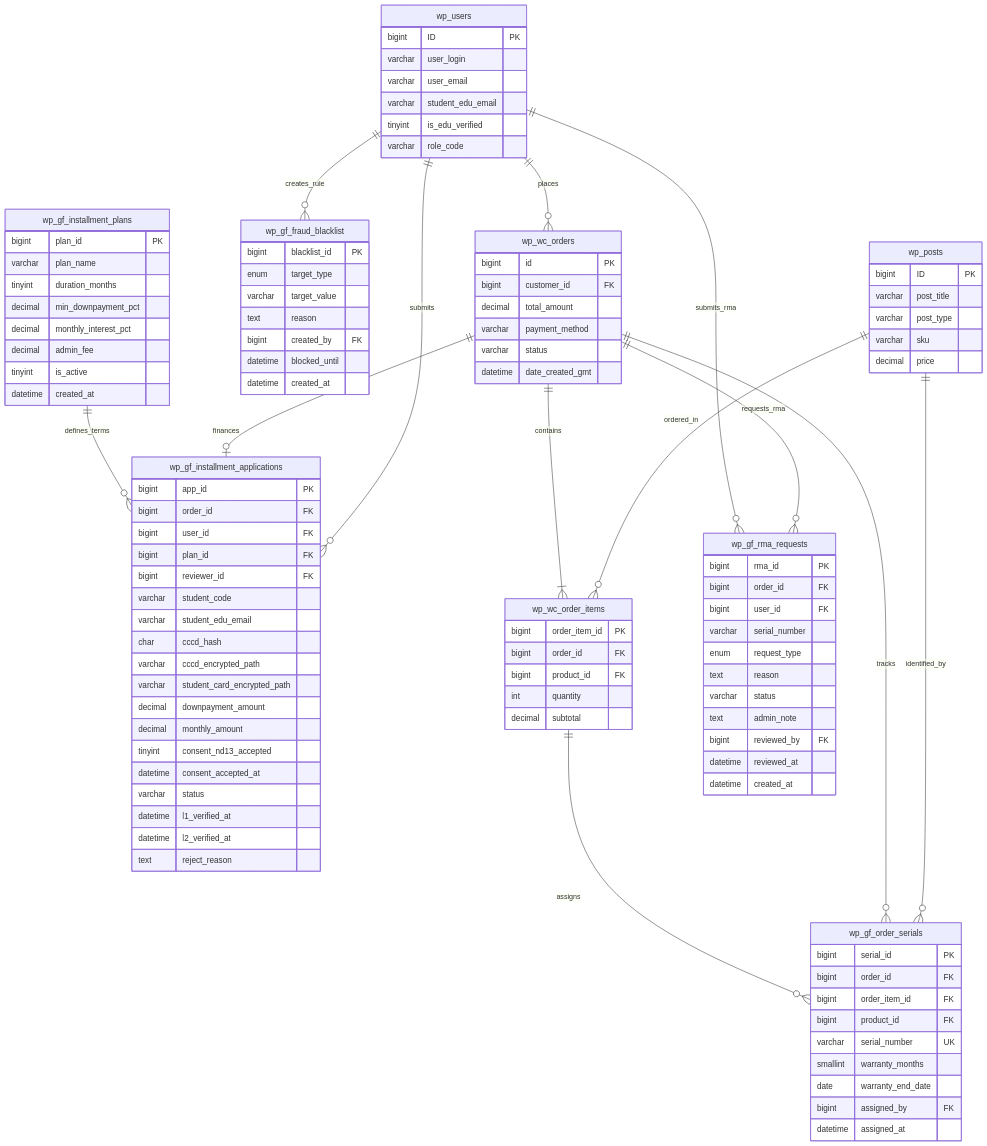
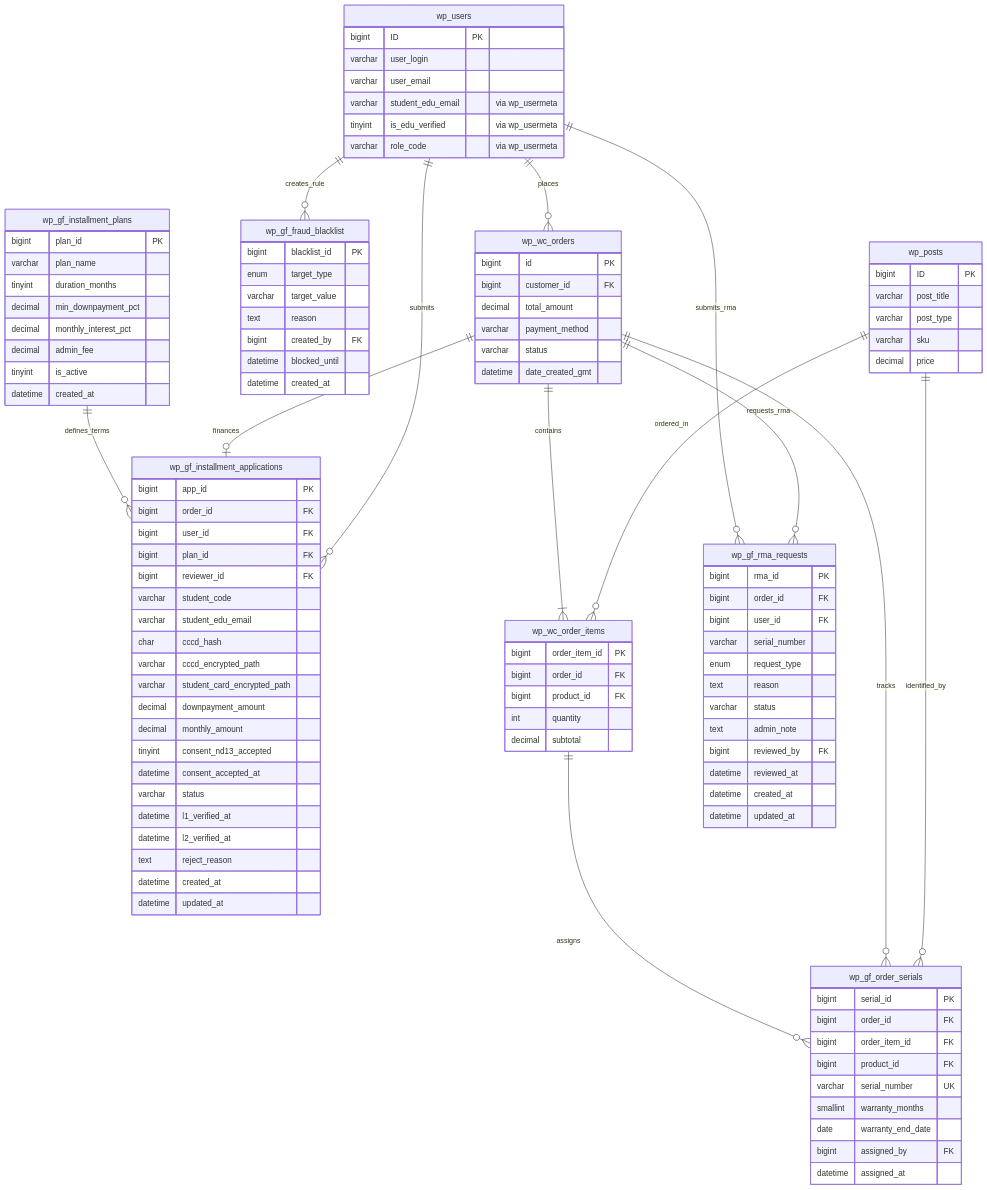
Before and after one commit to nguyenthanhtri5h-bot/EC312-GearForge-HeThongTMDT: the diagram in 2. Quy ước và Sơ đồ UML/role4_diagrams/ERD_GearForge_Role4.mmd, drawn with Mermaid. The commit also changed 13 other files, not shown here.

Commit message:
docs(role4): cập nhật đồng bộ 6 sơ đồ UML/ERD theo FIX-14..FIX-16 và xuất lại báo cáo Word

```diff
--- a/2. Quy ước và Sơ đồ UML/role4_diagrams/ERD_GearForge_Role4.mmd
+++ b/2. Quy ước và Sơ đồ UML/role4_diagrams/ERD_GearForge_Role4.mmd
@@ -1,115 +1,118 @@
 erDiagram
     wp_users ||--o{ wp_wc_orders : places
     wp_users ||--o{ wp_gf_installment_applications : submits
     wp_users ||--o{ wp_gf_fraud_blacklist : creates_rule
     wp_posts ||--o{ wp_wc_order_items : ordered_in
     wp_posts ||--o{ wp_gf_order_serials : identified_by
     wp_wc_orders ||--|{ wp_wc_order_items : contains
     wp_wc_orders ||--o| wp_gf_installment_applications : finances
     wp_wc_orders ||--o{ wp_gf_order_serials : tracks
     wp_wc_orders ||--o{ wp_gf_rma_requests : requests_rma
     wp_users ||--o{ wp_gf_rma_requests : submits_rma
     wp_wc_order_items ||--o{ wp_gf_order_serials : assigns
     wp_gf_installment_plans ||--o{ wp_gf_installment_applications : defines_terms
 
     wp_users {
         bigint ID PK
         varchar user_login
         varchar user_email
-        varchar student_edu_email
-        tinyint is_edu_verified
-        varchar role_code
+        varchar student_edu_email "via wp_usermeta"
+        tinyint is_edu_verified "via wp_usermeta"
+        varchar role_code "via wp_usermeta"
     }
 
     wp_posts {
         bigint ID PK
         varchar post_title
         varchar post_type
         varchar sku
         decimal price
     }
 
     wp_wc_orders {
         bigint id PK
         bigint customer_id FK
         decimal total_amount
         varchar payment_method
         varchar status
         datetime date_created_gmt
     }
 
     wp_wc_order_items {
         bigint order_item_id PK
         bigint order_id FK
         bigint product_id FK
         int quantity
         decimal subtotal
     }
 
     wp_gf_installment_plans {
         bigint plan_id PK
         varchar plan_name
         tinyint duration_months
         decimal min_downpayment_pct
         decimal monthly_interest_pct
         decimal admin_fee
         tinyint is_active
         datetime created_at
     }
 
     wp_gf_installment_applications {
         bigint app_id PK
         bigint order_id FK
         bigint user_id FK
         bigint plan_id FK
         bigint reviewer_id FK
         varchar student_code
         varchar student_edu_email
         char cccd_hash
         varchar cccd_encrypted_path
         varchar student_card_encrypted_path
         decimal downpayment_amount
         decimal monthly_amount
         tinyint consent_nd13_accepted
         datetime consent_accepted_at
         varchar status
         datetime l1_verified_at
         datetime l2_verified_at
         text reject_reason
+        datetime created_at
+        datetime updated_at
     }
 
     wp_gf_order_serials {
         bigint serial_id PK
         bigint order_id FK
         bigint order_item_id FK
         bigint product_id FK
         varchar serial_number UK
         smallint warranty_months
         date warranty_end_date
         bigint assigned_by FK
         datetime assigned_at
     }
 
     wp_gf_fraud_blacklist {
         bigint blacklist_id PK
         enum target_type
         varchar target_value
         text reason
         bigint created_by FK
         datetime blocked_until
         datetime created_at
     }
 
     wp_gf_rma_requests {
         bigint rma_id PK
         bigint order_id FK
         bigint user_id FK
         varchar serial_number
         enum request_type
         text reason
         varchar status
         text admin_note
         bigint reviewed_by FK
         datetime reviewed_at
         datetime created_at
+        datetime updated_at
     }
```
